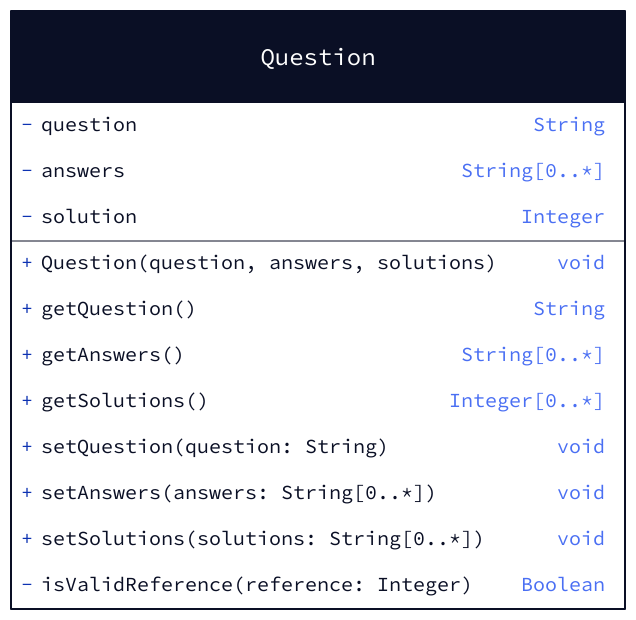
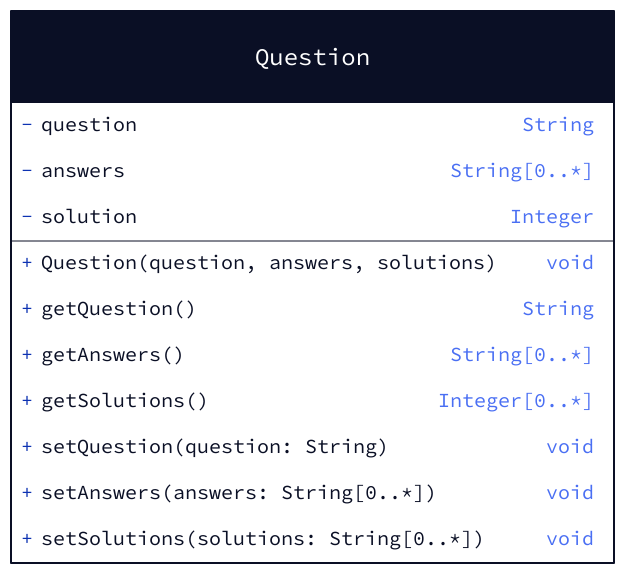
The diagram in API documentation/Question/Question.d2 (MatteV02/quiz_maker), drawn with D2 before and after one commit. The commit also changed 7 other files, not shown here.

```diff
--- a/API documentation/Question/Question.d2
+++ b/API documentation/Question/Question.d2
@@ -1,17 +1,15 @@
 Question {
     shape: "class"
 
     - question: String
     - answers: "String[0..*]"
     - solution: "Integer"
 
     + Question(question, answers, solutions)
     + getQuestion(): String
     + getAnswers(): "String[0..*]"
     + getSolutions(): "Integer[0..*]"
     + setQuestion(question\: String)
     + setAnswers(answers\: String\[0\.\.\*\])
     + setSolutions(solutions\: String\[0\.\.\*\])
-
-    - isValidReference(reference\: Integer): Boolean
 }
```
